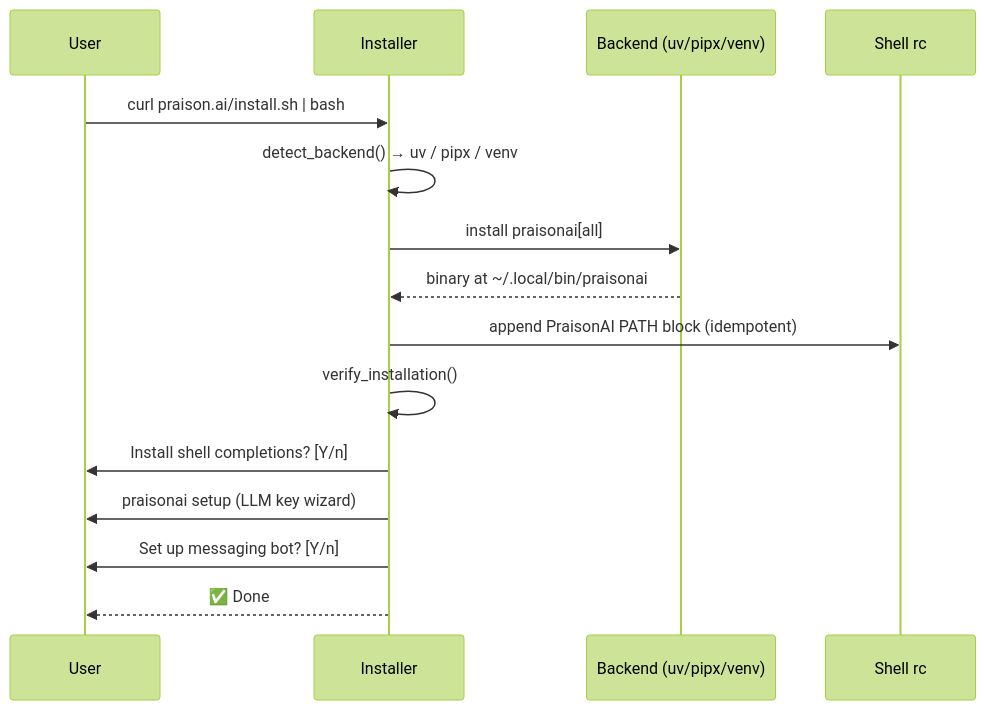
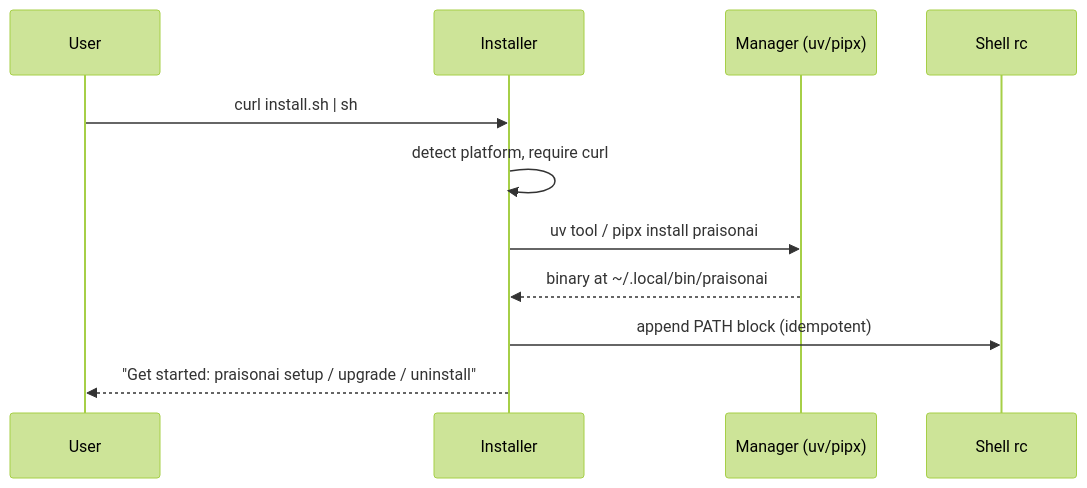
One commit to MervinPraison/PraisonAIDocs changed the second of 3 diagrams in docs/install/installer.mdx. Above: the diagram before and after it, drawn with Mermaid (forest theme). The commit also changed other lines of this file and 7 other files, not shown here.

First line of the commit message:
docs: one-line installer + praisonai upgrade/uninstall self-management (fixes #1895)

````diff
--- a/docs/install/installer.mdx
+++ b/docs/install/installer.mdx
@@ -83,18 +81,14 @@
 ```mermaid
 sequenceDiagram
     participant U as User
     participant I as Installer
-    participant B as Backend (uv/pipx/venv)
+    participant M as Manager (uv/pipx)
     participant S as Shell rc
 
-    U->>I: curl praison.ai/install.sh | bash
-    I->>I: detect_backend() → uv / pipx / venv
-    I->>B: install praisonai[all]
-    B-->>I: binary at ~/.local/bin/praisonai
-    I->>S: append PraisonAI PATH block (idempotent)
-    I->>I: verify_installation()
-    I->>U: Install shell completions? [Y/n]
-    I->>U: praisonai setup (LLM key wizard)
-    I->>U: Set up messaging bot? [Y/n]
-    I-->>U: ✅ Done
+    U->>I: curl install.sh | sh
+    I->>I: detect platform, require curl
+    I->>M: uv tool / pipx install praisonai
+    M-->>I: binary at ~/.local/bin/praisonai
+    I->>S: append PATH block (idempotent)
+    I-->>U: "Get started: praisonai setup / upgrade / uninstall"
 ```
````
